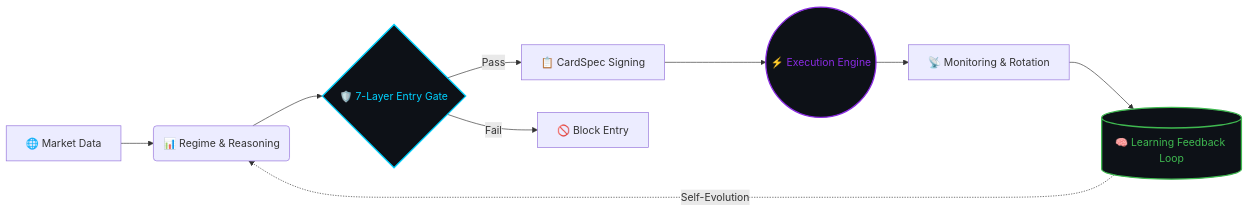
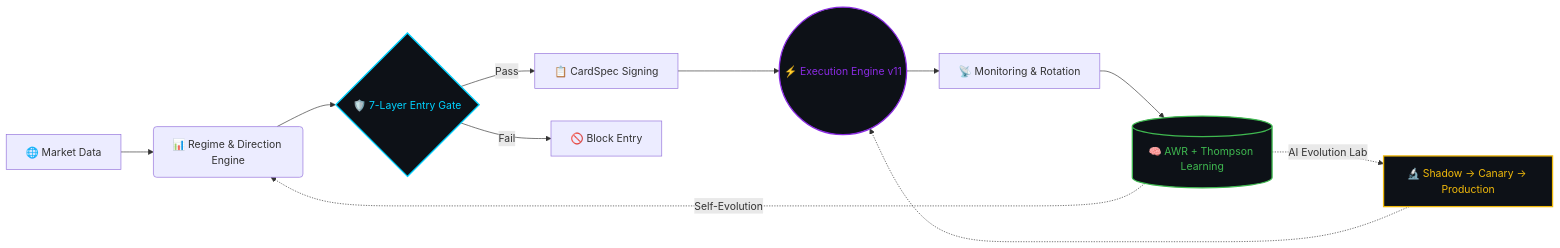
The diagram in README.md (dros-core/deep-reasoning-os), drawn with Mermaid before and after one commit. The commit also changed other lines of this file, not shown here.

````diff
--- a/README.md
+++ b/README.md
@@ -56,15 +57,18 @@
 ```mermaid
 graph LR
-    A[🌐 Market Data] --> B(📊 Regime & Reasoning)
+    A[🌐 Market Data] --> B(📊 Regime & Direction Engine)
     B --> C{🛡️ 7-Layer Entry Gate}
     C -- Pass --> D[📋 CardSpec Signing]
     C -- Fail --> X[🚫 Block Entry]
-    D --> E((⚡ Execution Engine))
+    D --> E((⚡ Execution Engine v11))
     E --> F[📡 Monitoring & Rotation]
-    F --> G[(🧠 Learning Feedback Loop)]
+    F --> G[(🧠 AWR + Thompson Learning)]
     G -.->|Self-Evolution| B
+    G -.->|AI Evolution Lab| H[🔬 Shadow → Canary → Production]
+    H -.-> E
 
     style C fill:#0d1117,stroke:#00D2FF,stroke-width:2px,color:#00D2FF
     style E fill:#0d1117,stroke:#8A2BE2,stroke-width:2px,color:#8A2BE2
     style G fill:#0d1117,stroke:#3FB950,stroke-width:2px,color:#3FB950
+    style H fill:#0d1117,stroke:#F0B90B,stroke-width:2px,color:#F0B90B
 ```
````
